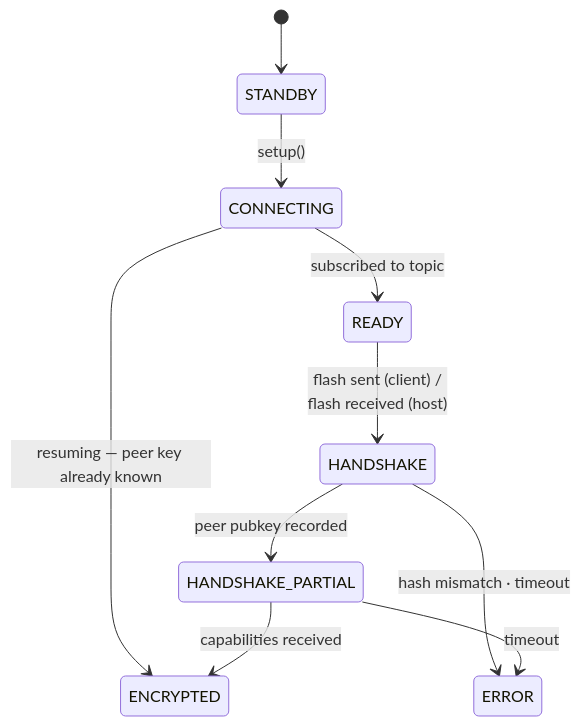
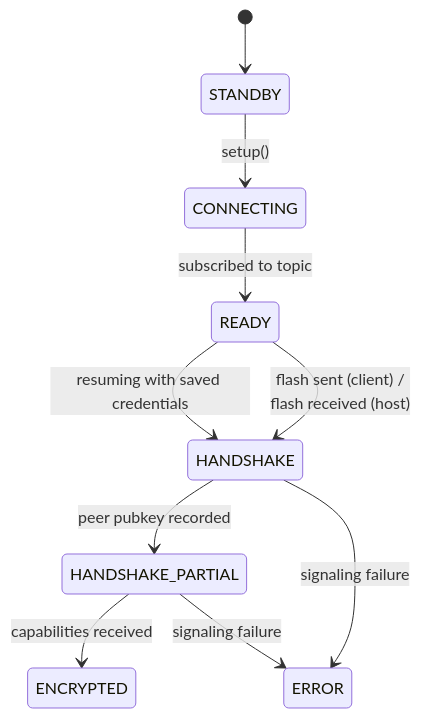
One commit to jonatan-holmgren/open-lavatory changed the second of 2 diagrams in docs/pages/api/handshake.mdx. Above: the diagram before and after it, drawn with Mermaid. The commit also changed other lines of this file and 54 other files, not shown here.

````diff
--- a/docs/pages/api/handshake.mdx
+++ b/docs/pages/api/handshake.mdx
@@ -186,12 +186,12 @@
 ```mermaid
 stateDiagram-v2
     [*] --> STANDBY
     STANDBY --> CONNECTING: setup()
     CONNECTING --> READY: subscribed to topic
-    CONNECTING --> ENCRYPTED: resuming — peer key already known
+    READY --> HANDSHAKE: resuming with saved credentials
     READY --> HANDSHAKE: flash sent (client) /<br/>flash received (host)
     HANDSHAKE --> HANDSHAKE_PARTIAL: peer pubkey recorded
     HANDSHAKE_PARTIAL --> ENCRYPTED: capabilities received
-    HANDSHAKE --> ERROR: hash mismatch · timeout
-    HANDSHAKE_PARTIAL --> ERROR: timeout
+    HANDSHAKE --> ERROR: signaling failure
+    HANDSHAKE_PARTIAL --> ERROR: signaling failure
 ```
````
